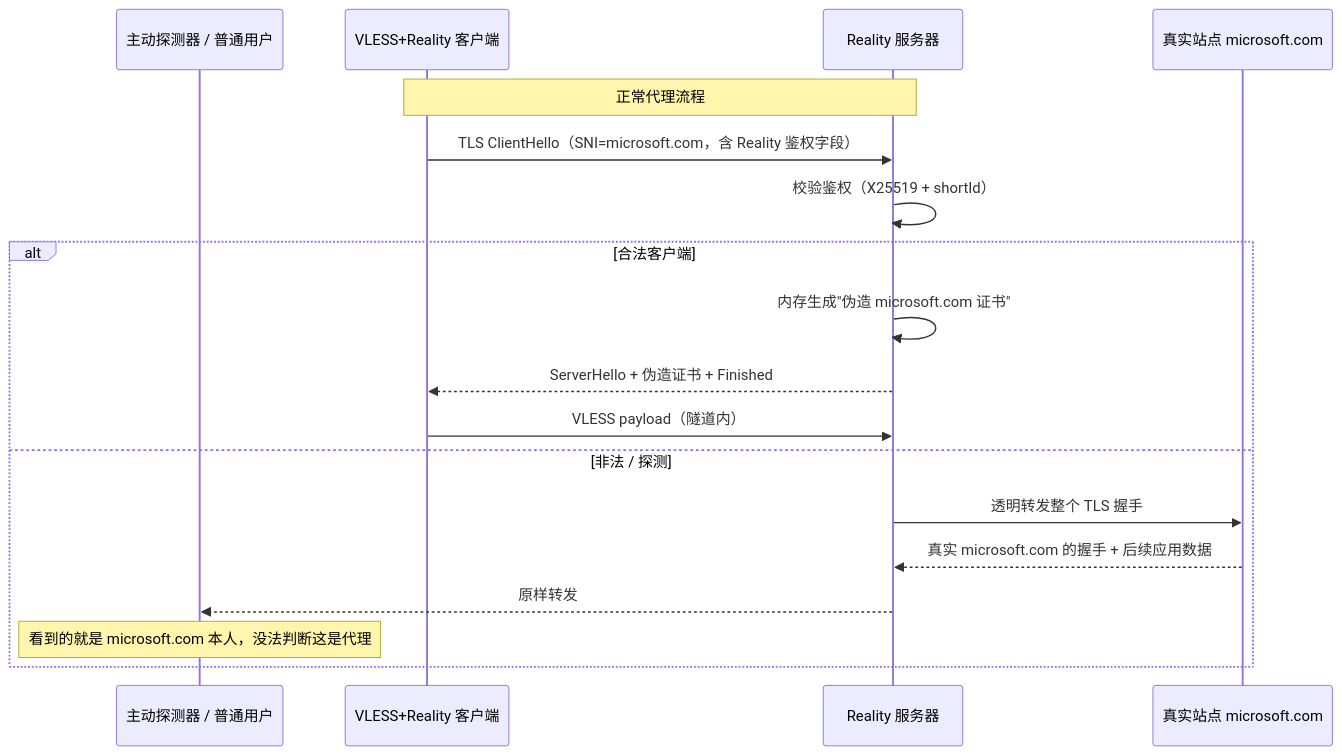
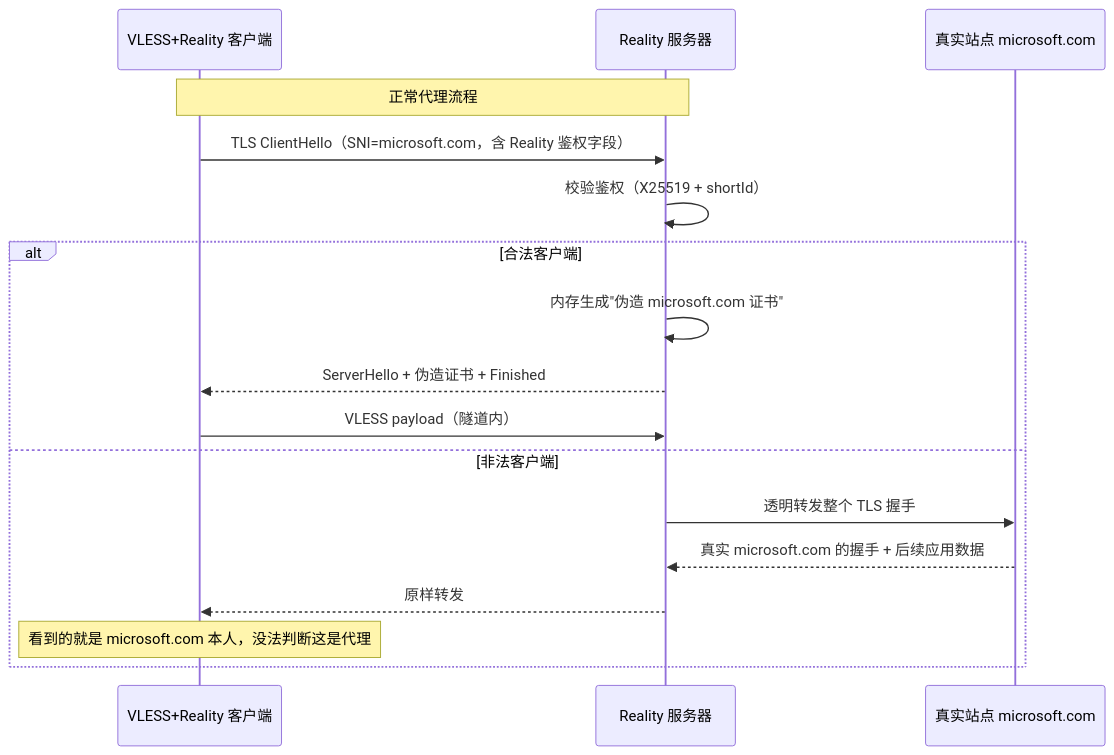
Before and after one commit to asukaonly/asukaonly.github.io: the eighth of 12 diagrams in content/posts/other/代理协议全流程解析.md, drawn with Mermaid. The commit also changed other lines of this file, not shown here.

````diff
--- a/content/posts/other/代理协议全流程解析.md
+++ b/content/posts/other/代理协议全流程解析.md
@@ -645,21 +681,20 @@
 ```mermaid
 sequenceDiagram
-    participant Probe as 主动探测器 / 普通用户
     participant Local as VLESS+Reality 客户端
     participant Remote as Reality 服务器
     participant Real as 真实站点 microsoft.com
 
     Note over Local,Remote: 正常代理流程
     Local->>Remote: TLS ClientHello（SNI=microsoft.com，含 Reality 鉴权字段）
     Remote->>Remote: 校验鉴权（X25519 + shortId）
     alt 合法客户端
         Remote->>Remote: 内存生成"伪造 microsoft.com 证书"
         Remote-->>Local: ServerHello + 伪造证书 + Finished
         Local->>Remote: VLESS payload（隧道内）
-    else 非法 / 探测
+    else 非法客户端
         Remote->>Real: 透明转发整个 TLS 握手
         Real-->>Remote: 真实 microsoft.com 的握手 + 后续应用数据
-        Remote-->>Probe: 原样转发
-        Note over Probe: 看到的就是 microsoft.com 本人，没法判断这是代理
+        Remote-->>Local: 原样转发
+        Note over Local: 看到的就是 microsoft.com 本人，没法判断这是代理
     end
 ```
````
